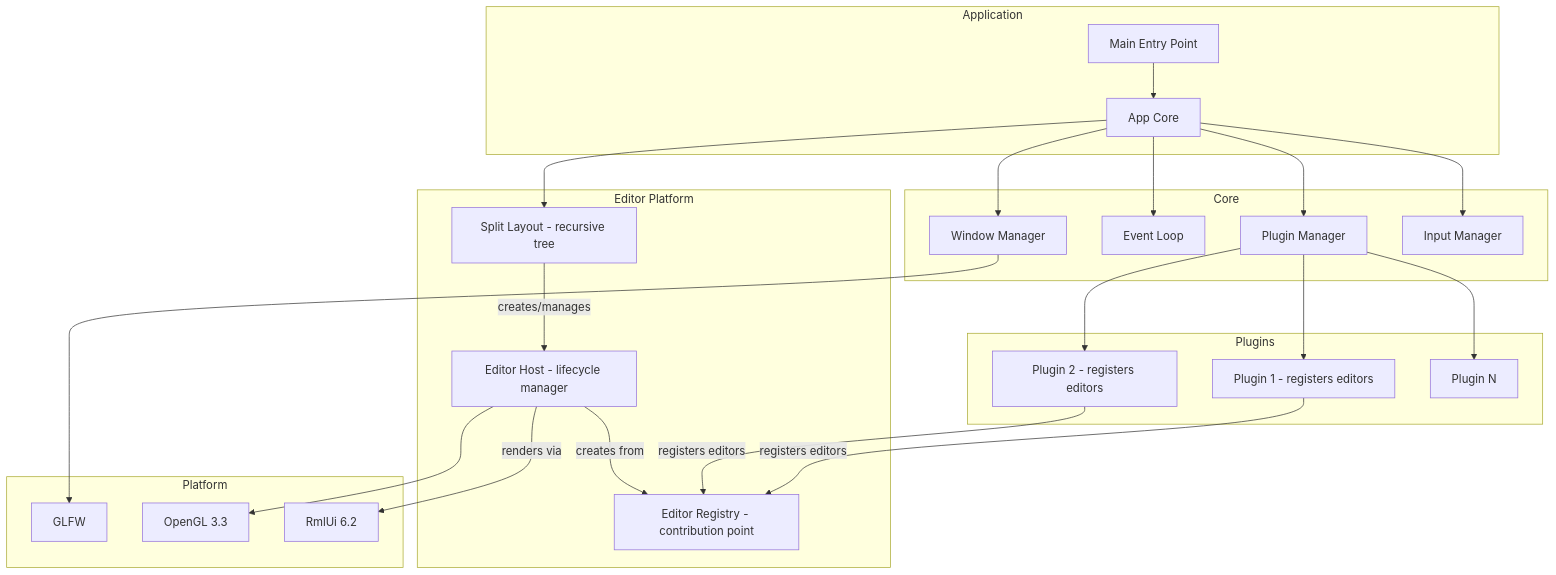
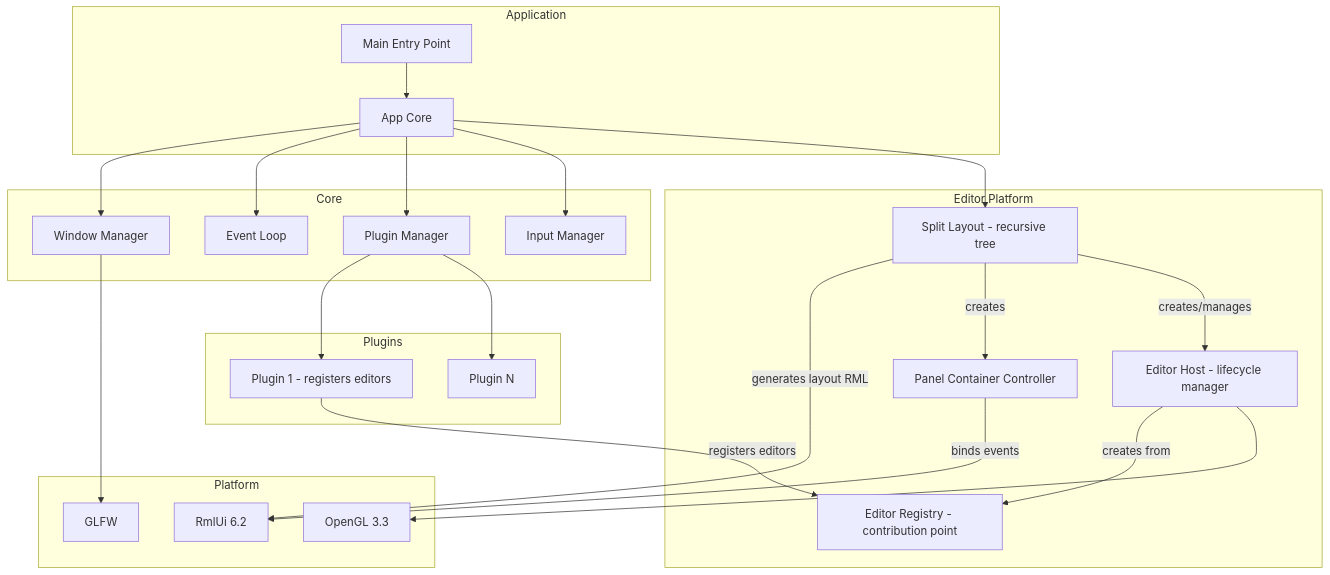
One commit to valdemar-const/rmlui-app changed the first of 2 diagrams in plans/architecture.md. Above: the diagram before and after it, drawn with Mermaid. The commit also changed other lines of this file, not shown here.

Commit message:
update architecture

````diff
--- a/plans/architecture.md
+++ b/plans/architecture.md
@@ -76,53 +62,53 @@
 ```mermaid
 graph TB
     subgraph Application
         Main[Main Entry Point]
         App[App Core]
     end
     
     subgraph Core
         WindowMgr[Window Manager]
         EventLoop[Event Loop]
         PluginMgr[Plugin Manager]
         InputMgr[Input Manager]
     end
     
     subgraph Editor Platform
         EditorRegistry[Editor Registry - contribution point]
         EditorHost[Editor Host - lifecycle manager]
         SplitLayout[Split Layout - recursive tree]
+        PCC[Panel Container Controller]
     end
     
     subgraph Plugins
         Plugin1[Plugin 1 - registers editors]
-        Plugin2[Plugin 2 - registers editors]
         PluginN[Plugin N]
     end
     
     subgraph Platform
         GLFW[GLFW]
         OpenGL[OpenGL 3.3]
         RmlUi[RmlUi 6.2]
     end
     
     Main --> App
     App --> WindowMgr
     App --> EventLoop
     App --> PluginMgr
     App --> InputMgr
     App --> SplitLayout
     
     PluginMgr --> Plugin1
-    PluginMgr --> Plugin2
     PluginMgr --> PluginN
     
     Plugin1 -->|registers editors| EditorRegistry
-    Plugin2 -->|registers editors| EditorRegistry
     
+    SplitLayout -->|generates layout RML| RmlUi
+    SplitLayout -->|creates| PCC
     SplitLayout -->|creates/manages| EditorHost
     EditorHost -->|creates from| EditorRegistry
-    EditorHost -->|renders via| RmlUi
+    PCC -->|binds events| RmlUi
     
     WindowMgr --> GLFW
     EditorHost --> OpenGL
 ```
````
